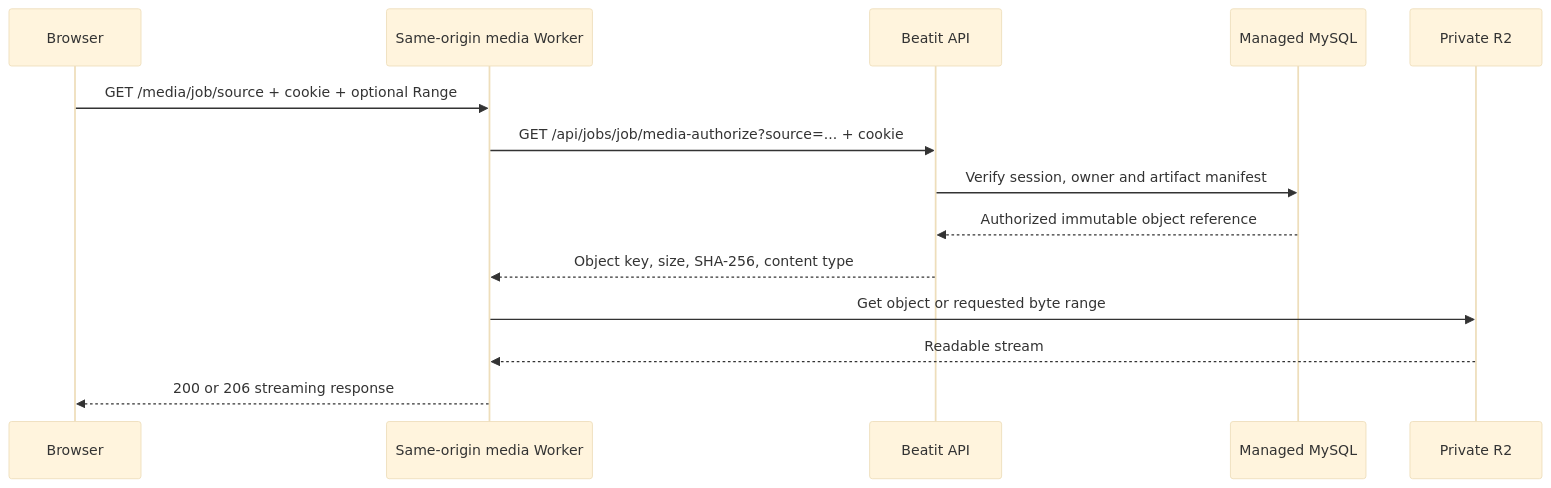
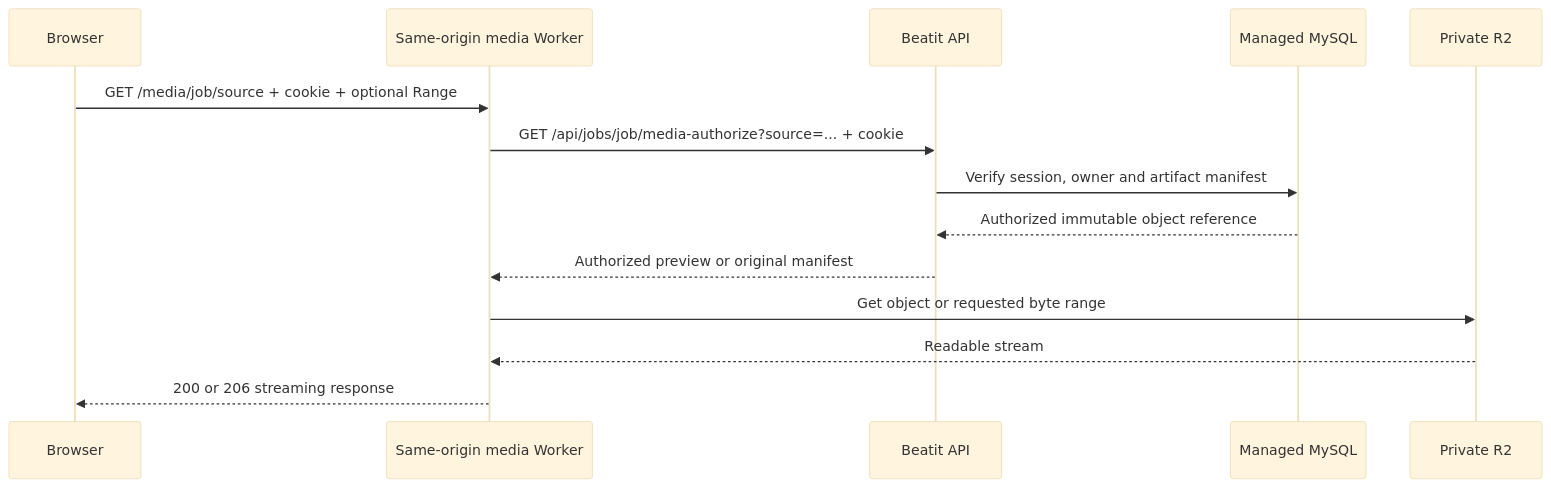
The diagram in docs/media-delivery.md (comfuture/beatit), drawn with Mermaid (base theme) before and after one commit. The commit also changed other lines of this file and 8 other files, not shown here.

````diff
--- a/docs/media-delivery.md
+++ b/docs/media-delivery.md
@@ -16,16 +18,16 @@
 ```mermaid
 sequenceDiagram
     participant Browser
     participant Worker as Same-origin media Worker
     participant API as Beatit API
     participant DB as Managed MySQL
     participant R2 as Private R2
     Browser->>Worker: GET /media/job/source + cookie + optional Range
     Worker->>API: GET /api/jobs/job/media-authorize?source=... + cookie
     API->>DB: Verify session, owner and artifact manifest
     DB-->>API: Authorized immutable object reference
-    API-->>Worker: Object key, size, SHA-256, content type
+    API-->>Worker: Authorized preview or original manifest
     Worker->>R2: Get object or requested byte range
     R2-->>Worker: Readable stream
     Worker-->>Browser: 200 or 206 streaming response
 ```
````
